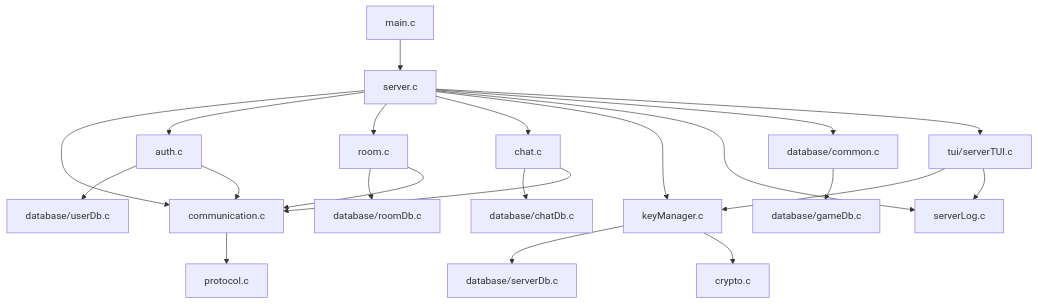
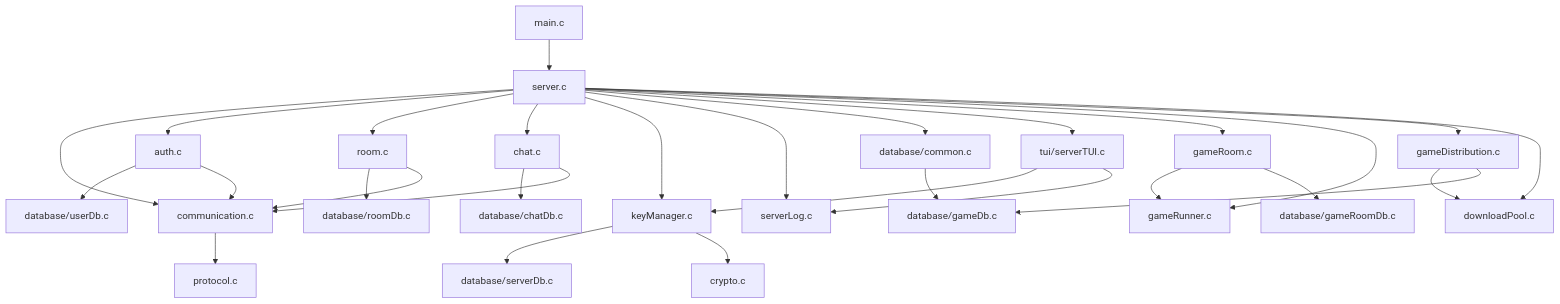
One commit to WinstonMeursault/PacPlay changed the ninth of 28 diagrams in docs/API.md. Above: the diagram before and after it, drawn with Mermaid. The commit also changed other lines of this file and 63 other files, not shown here.

````diff
--- a/docs/API.md
+++ b/docs/API.md
@@ -1181,24 +1242,32 @@
 ```mermaid
 graph TD
     main.c --> server.c
     server.c --> communication.c
     server.c --> auth.c
     server.c --> room.c
     server.c --> chat.c
     server.c --> keyManager.c
     server.c --> serverLog.c
     server.c --> database/common.c
     server.c --> tui/serverTUI.c
     keyManager.c --> database/serverDb.c
     keyManager.c --> crypto.c
     auth.c --> database/userDb.c
     room.c --> database/roomDb.c
     chat.c --> database/chatDb.c
     database/common.c --> database/gameDb.c
     communication.c --> protocol.c
     chat.c --> communication.c
     auth.c --> communication.c
     room.c --> communication.c
     tui/serverTUI.c --> keyManager.c
     tui/serverTUI.c --> serverLog.c
+    server.c --> gameRoom.c
+    server.c --> gameRunner.c
+    server.c --> gameDistribution.c
+    server.c --> downloadPool.c
+    gameRoom.c --> gameRunner.c
+    gameRoom.c --> database/gameRoomDb.c
+    gameDistribution.c --> downloadPool.c
+    gameDistribution.c --> database/gameDb.c
 ```
````
